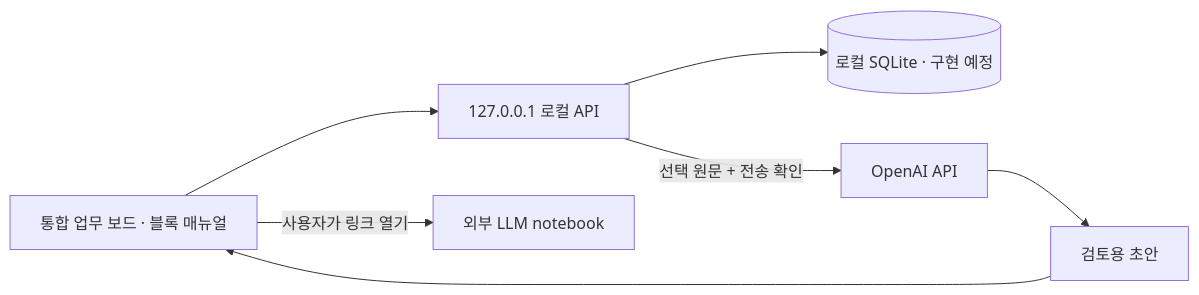
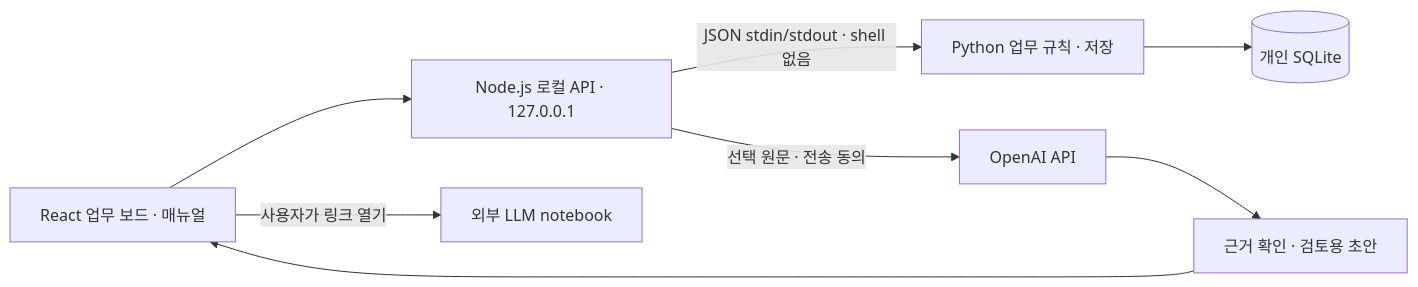
One commit to vhxsoi/test changed the diagram in docs/architecture.md. Above: the diagram before and after it, drawn with Mermaid. The commit also changed other lines of this file and 49 other files, not shown here.

Commit message:
Migrate Worknote to React and Python-backed SQLite

````diff
--- a/docs/architecture.md
+++ b/docs/architecture.md
@@ -5,9 +5,10 @@
 ```mermaid
 flowchart LR
-  UI[통합 업무 보드 · 블록 매뉴얼] --> API[127.0.0.1 로컬 API]
-  API --> DB[(로컬 SQLite · 구현 예정)]
+  UI[React 업무 보드 · 매뉴얼] --> API[Node.js 로컬 API · 127.0.0.1]
+  API -->|JSON stdin/stdout · shell 없음| PY[Python 업무 규칙 · 저장]
+  PY --> DB[(개인 SQLite)]
   UI -->|사용자가 링크 열기| NB[외부 LLM notebook]
-  API -->|선택 원문 + 전송 확인| AI[OpenAI API]
-  AI --> DRAFT[검토용 초안]
+  API -->|선택 원문 · 전송 동의| AI[OpenAI API]
+  AI --> DRAFT[근거 확인 · 검토용 초안]
   DRAFT --> UI
 ```
````
